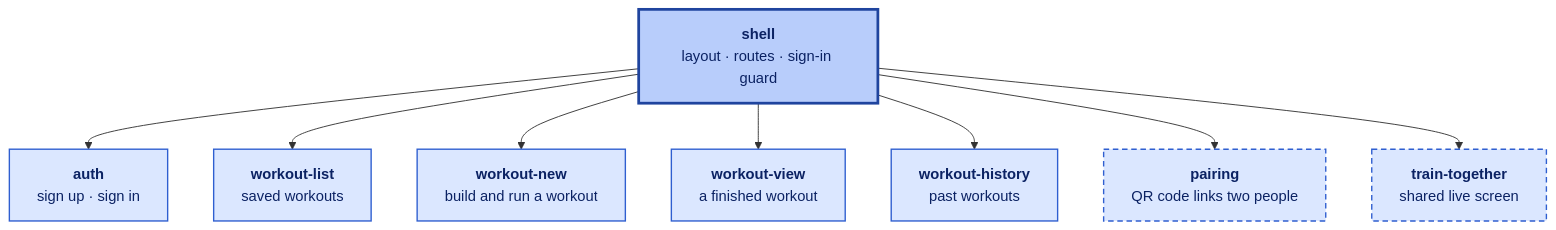
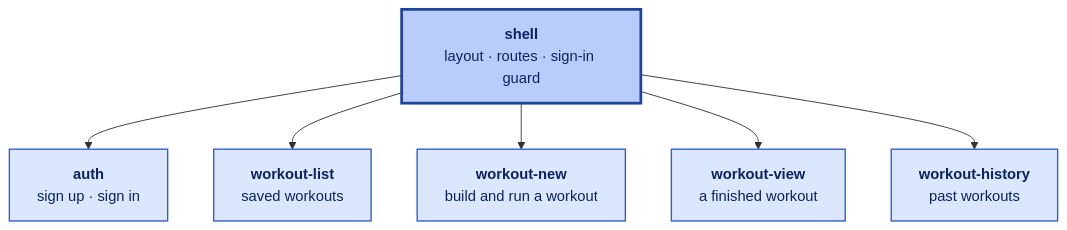
One commit to abnersn/WorkoutTracker changed the second of 3 diagrams in README.md. Above: the diagram before and after it, drawn with Mermaid. The commit also changed other lines of this file and 1 other file, not shown here.

````diff
--- a/README.md
+++ b/README.md
@@ -42,18 +67,14 @@
 ```mermaid
 flowchart TB
   shell["<b>shell</b><br/>layout · routes · sign-in guard"]
   shell --> auth["<b>auth</b><br/>sign up · sign in"]
   shell --> list["<b>workout-list</b><br/>saved workouts"]
   shell --> new["<b>workout-new</b><br/>build and run a workout"]
   shell --> view["<b>workout-view</b><br/>a finished workout"]
   shell --> history["<b>workout-history</b><br/>past workouts"]
-  shell --> pairing["<b>pairing</b><br/>QR code links two people"]
-  shell --> together["<b>train-together</b><br/>shared live screen"]
 
   classDef host fill:#b8cdfb,stroke:#1f449e,stroke-width:3px,color:#0b2263
   classDef front fill:#dbe7ff,stroke:#2f5fd0,stroke-width:1.5px,color:#0b2263
-  classDef bonus fill:#dbe7ff,stroke:#2f5fd0,stroke-width:1.5px,stroke-dasharray:6 4,color:#0b2263
   class shell host
   class auth,list,new,view,history front
-  class pairing,together bonus
 ```
````
